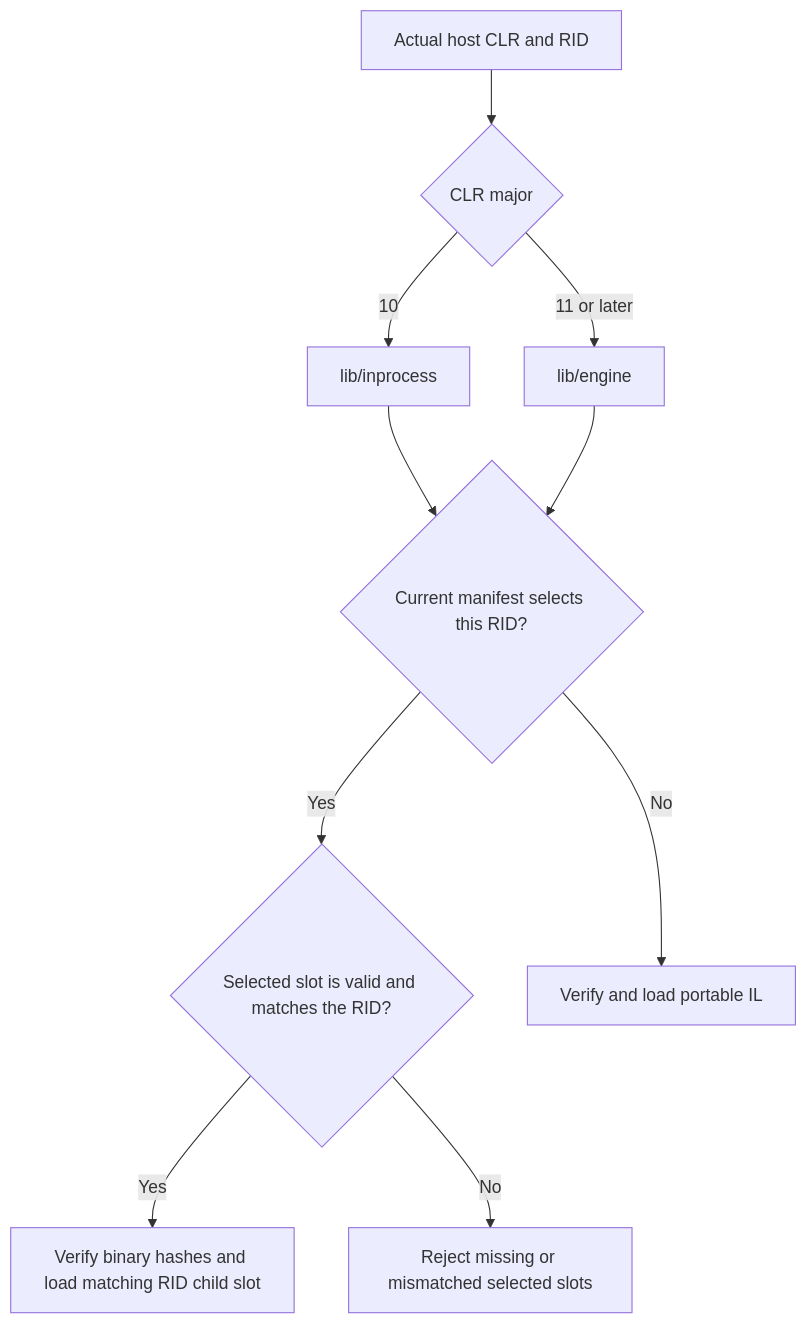
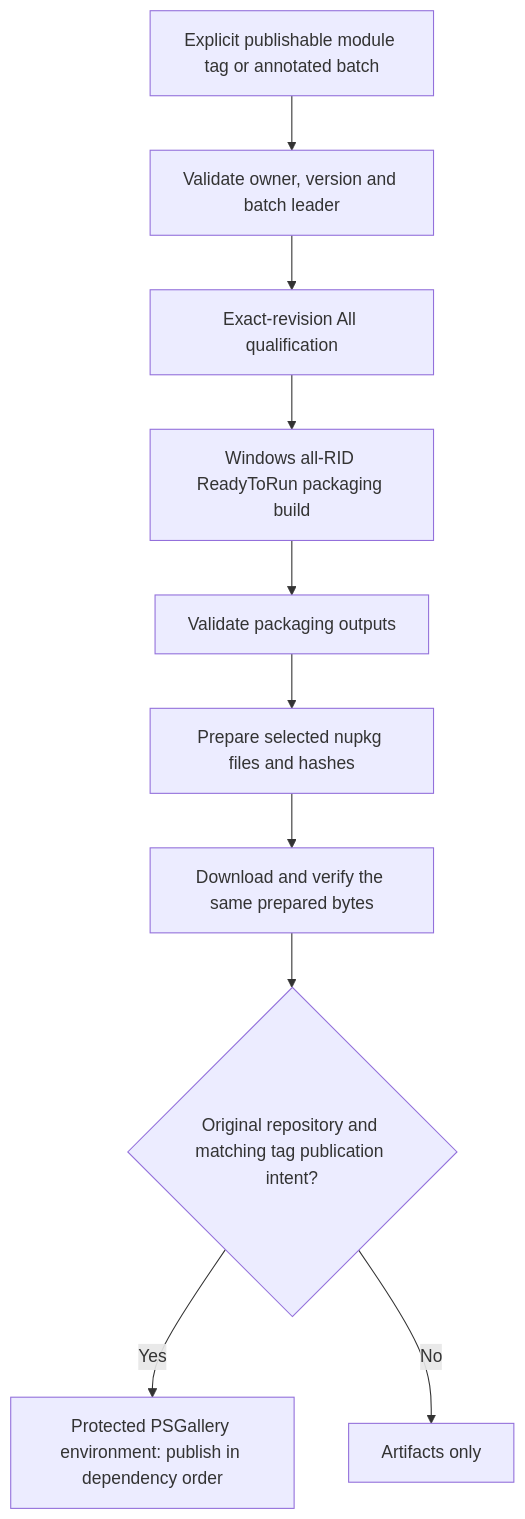
The fourth of 4 diagrams in docs/ci/execution-model.md (FrenchExDev2/QuietCli.PoSh), drawn with Mermaid before and after one commit. The commit also changed other lines of this file and 116 other files, not shown here.

````diff
--- a/docs/ci/execution-model.md
+++ b/docs/ci/execution-model.md
@@ -102,12 +72,12 @@
 ```mermaid
 flowchart TD
-    H[Actual host CLR and RID] --> F{CLR major}
-    F -- 10 --> T[lib/inprocess]
-    F -- 11 or later --> E[lib/engine]
-    T --> R{Current manifest selects this RID?}
-    E --> R
-    R -- Yes --> V{Selected slot is valid and matches the RID?}
-    R -- No --> P[Verify and load portable IL]
-    V -- Yes --> L[Verify binary hashes and load matching RID child slot]
-    V -- No --> X[Reject missing or mismatched selected slots]
+    TAG[Explicit publishable module tag or annotated batch] --> PLAN[Validate owner, version and batch leader]
+    PLAN --> Q[Exact-revision All qualification]
+    Q --> B[Windows all-RID ReadyToRun packaging build]
+    B --> CHECK[Validate packaging outputs]
+    CHECK --> PKG[Prepare selected nupkg files and hashes]
+    PKG --> VERIFY[Download and verify the same prepared bytes]
+    VERIFY --> AUTH{Original repository and matching tag publication intent?}
+    AUTH -- Yes --> PUB[Protected PSGallery environment: publish in dependency order]
+    AUTH -- No --> ART[Artifacts only]
 ```
````
